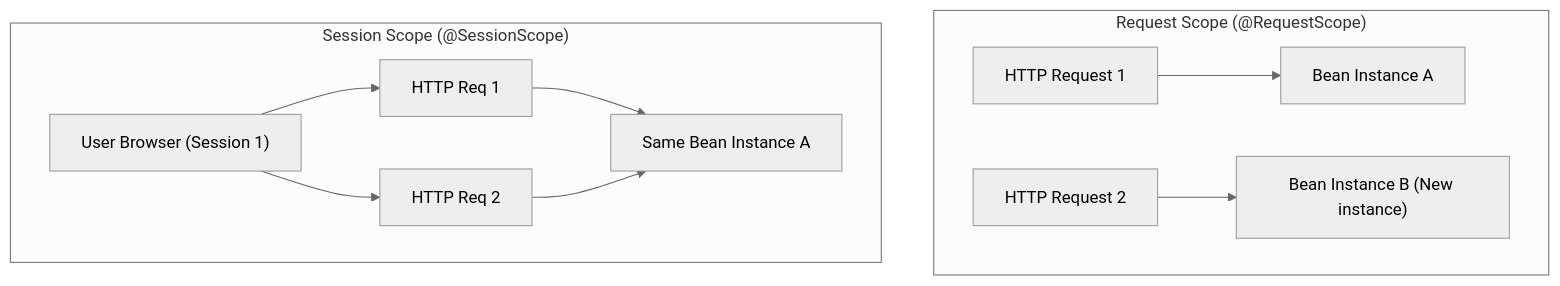
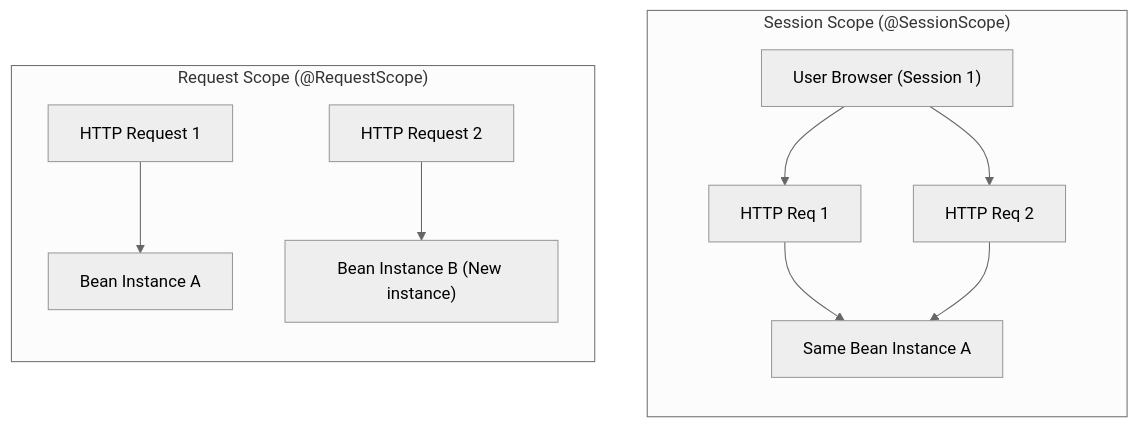
Before and after one commit to rohithgowda18/Notes: the eighth of 26 diagrams in 06-Java-and-Spring-Boot/Spring Boot Interview Guide.md, drawn with Mermaid (neutral theme). The commit also changed other lines of this file and 15 other files, not shown here.

Commit message:
docs: audit Mermaid diagrams, optimize side-by-side layouts, and deduplicate DBMS advanced notes

````diff
--- a/06-Java-and-Spring-Boot/Spring Boot Interview Guide.md
+++ b/06-Java-and-Spring-Boot/Spring Boot Interview Guide.md
@@ -419,11 +421,18 @@
 ```mermaid
-flowchart TD
+flowchart LR
     subgraph RequestScope ["Request Scope (@RequestScope)"]
+        direction TB
         R1["HTTP Request 1"] --> B1["Bean Instance A"]
         R2["HTTP Request 2"] --> B2["Bean Instance B (New instance)"]
     end
 
+    RequestScope ~~~ SessionScope
+
     subgraph SessionScope ["Session Scope (@SessionScope)"]
-        U1["User Browser (Session 1)"] --> S1["HTTP Req 1"] & S2["HTTP Req 2"] --> BS1["Same Bean Instance A"]
+        direction TB
+        U1["User Browser (Session 1)"] --> S1["HTTP Req 1"]
+        U1 --> S2["HTTP Req 2"]
+        S1 --> BS1["Same Bean Instance A"]
+        S2 --> BS1
     end
 ```
````
